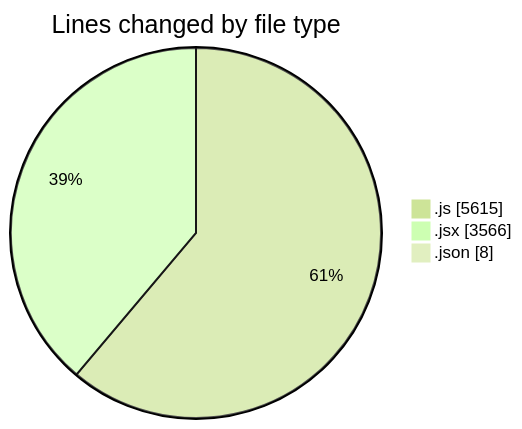
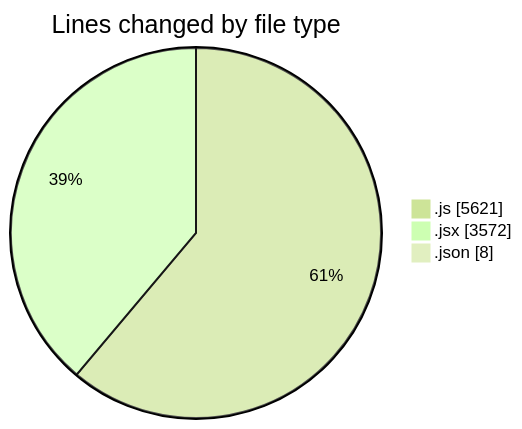
The first of 2 diagrams in 2025-07-23/nxtqube_webapp/README.md (nxtqubesakshisongat/code-tracking), drawn with Mermaid (forest theme) before and after one commit. The commit also changed other lines of this file and 1 other file, not shown here.

````diff
--- a/2025-07-23/nxtqube_webapp/README.md
+++ b/2025-07-23/nxtqube_webapp/README.md
@@ -61,7 +62,7 @@
 ```mermaid
 pie showData
 title Lines changed by file type
-".js" : 5615
-".jsx" : 3566
+".js" : 5621
+".jsx" : 3572
 ".json" : 8
 ```
````
